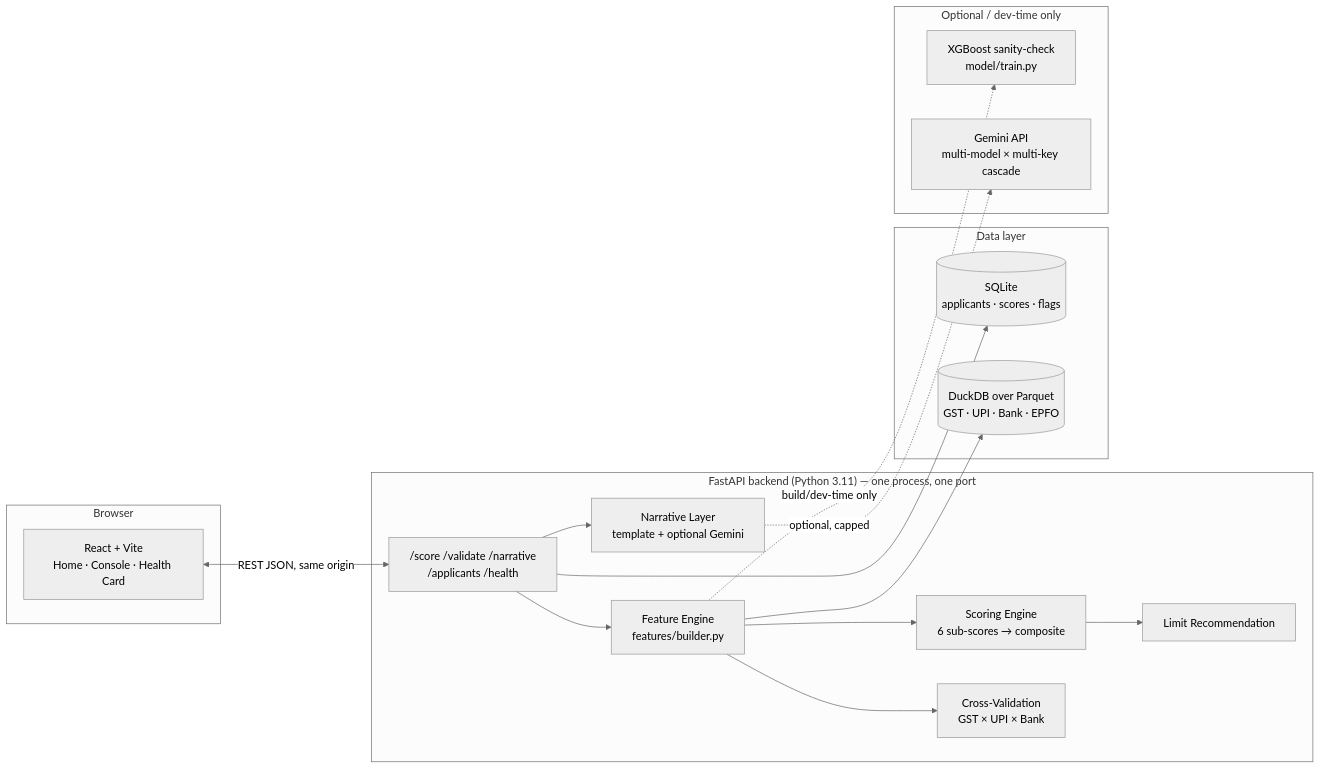
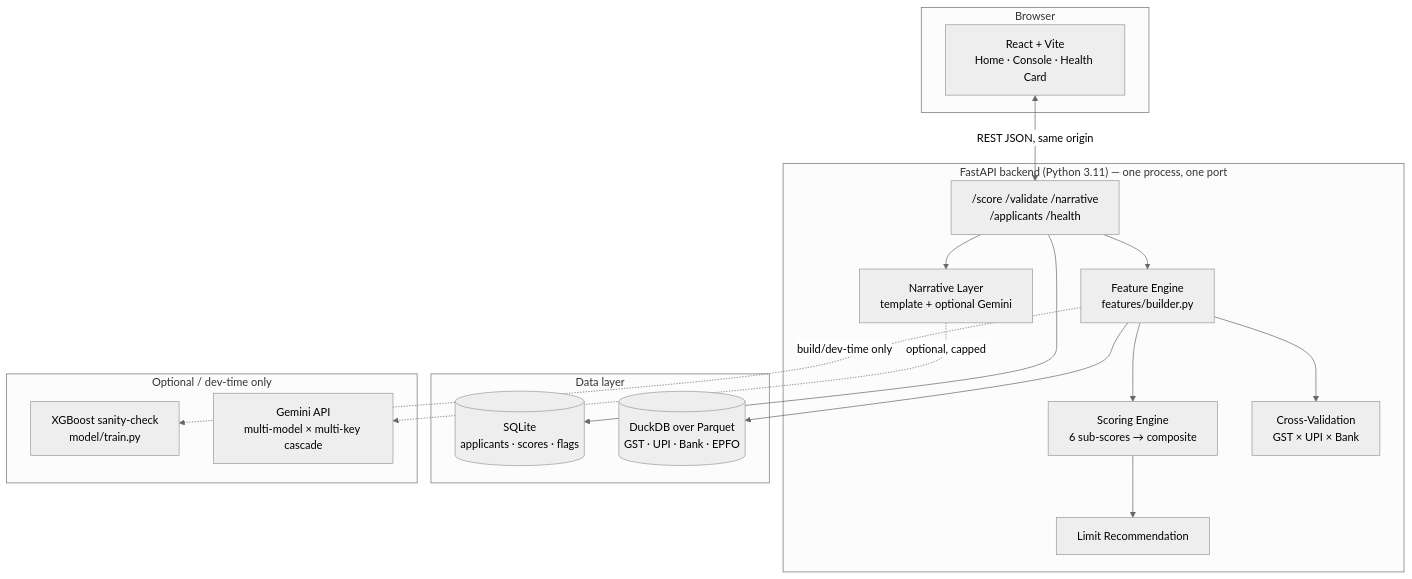
The first of 2 diagrams in README.md (darshanbhavsar01/SETU-Score-MSME-Financial-Health-Card), drawn with Mermaid (neutral theme) before and after one commit. The commit also changed 1 other file, not shown here.

Commit message:
Redeploy with home page; switch architecture diagram to top-down layout
Rendered both README Mermaid diagrams via mermaid-cli to verify syntax and
visually check layout before pushing — the left-right architecture graph had
sprawling, crossing edges, so switched it to top-down (graph TD), which lays
out cleanly. The process-flow sequence diagram was already clean, unchanged.

Redeployed to Cloud Run (revision setu-score-00002-h8h): verified the live
bundle contains the new Home page copy and footer credit, and re-confirmed
POST /score/MSME-0001 still matches the golden contract exactly.

````diff
--- a/README.md
+++ b/README.md
@@ -162,36 +162,36 @@
 ```mermaid
-graph LR
+graph TD
     subgraph Client["Browser"]
         UI["React + Vite\nHome · Console · Health Card"]
     end
 
     subgraph Server["FastAPI backend (Python 3.11) — one process, one port"]
         API["/score /validate /narrative\n/applicants /health"]
         FEAT["Feature Engine\nfeatures/builder.py"]
         SCORE["Scoring Engine\n6 sub-scores → composite"]
         XVAL["Cross-Validation\nGST × UPI × Bank"]
         LIMIT["Limit Recommendation"]
         NARR["Narrative Layer\ntemplate + optional Gemini"]
     end
 
     subgraph Data["Data layer"]
         SQLITE[("SQLite\napplicants · scores · flags")]
         DUCK[("DuckDB over Parquet\nGST · UPI · Bank · EPFO")]
     end
 
     subgraph DevTime["Optional / dev-time only"]
         ML["XGBoost sanity-check\nmodel/train.py"]
         GEMINI["Gemini API\nmulti-model × multi-key cascade"]
     end
 
     UI <-->|"REST JSON, same origin"| API
     API --> FEAT
     FEAT --> DUCK
     FEAT --> SCORE
     FEAT --> XVAL
     SCORE --> LIMIT
     API --> SQLITE
     API --> NARR
     NARR -.optional, capped.-> GEMINI
     FEAT -.build/dev-time only.-> ML
 ```
````
